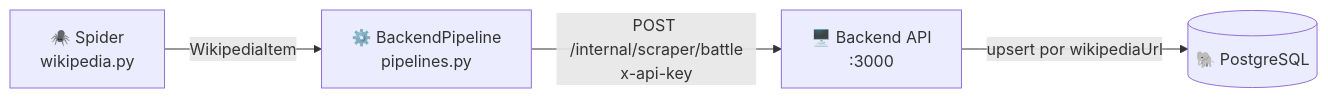
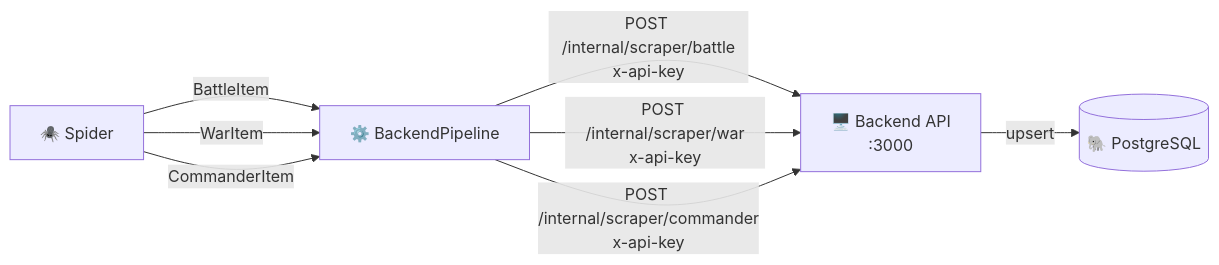
The diagram in docs/scraper/pipeline.md (mtzgutierrez/bellum-atlas), drawn with Mermaid before and after one commit. The commit also changed other lines of this file and 10 other files, not shown here.

````diff
--- a/docs/scraper/pipeline.md
+++ b/docs/scraper/pipeline.md
@@ -11,6 +11,12 @@
 ```mermaid
 flowchart LR
-    SP["🕷️ Spider\nwikipedia.py"] -->|WikipediaItem| PP["⚙️ BackendPipeline\npipelines.py"]
-    PP -->|POST /internal/scraper/battle\nx-api-key| BE["🖥️ Backend API\n:3000"]
-    BE -->|upsert por wikipediaUrl| DB[("🐘 PostgreSQL")]
+    SP["🕷️ Spider"] -->|BattleItem| PP
+    SP -->|WarItem| PP
+    SP -->|CommanderItem| PP
+
+    PP["⚙️ BackendPipeline"] -->|"POST /internal/scraper/battle\nx-api-key"| BE
+    PP -->|"POST /internal/scraper/war\nx-api-key"| BE
+    PP -->|"POST /internal/scraper/commander\nx-api-key"| BE
+
+    BE["🖥️ Backend API\n:3000"] -->|upsert| DB[("🐘 PostgreSQL")]
 ```
````
